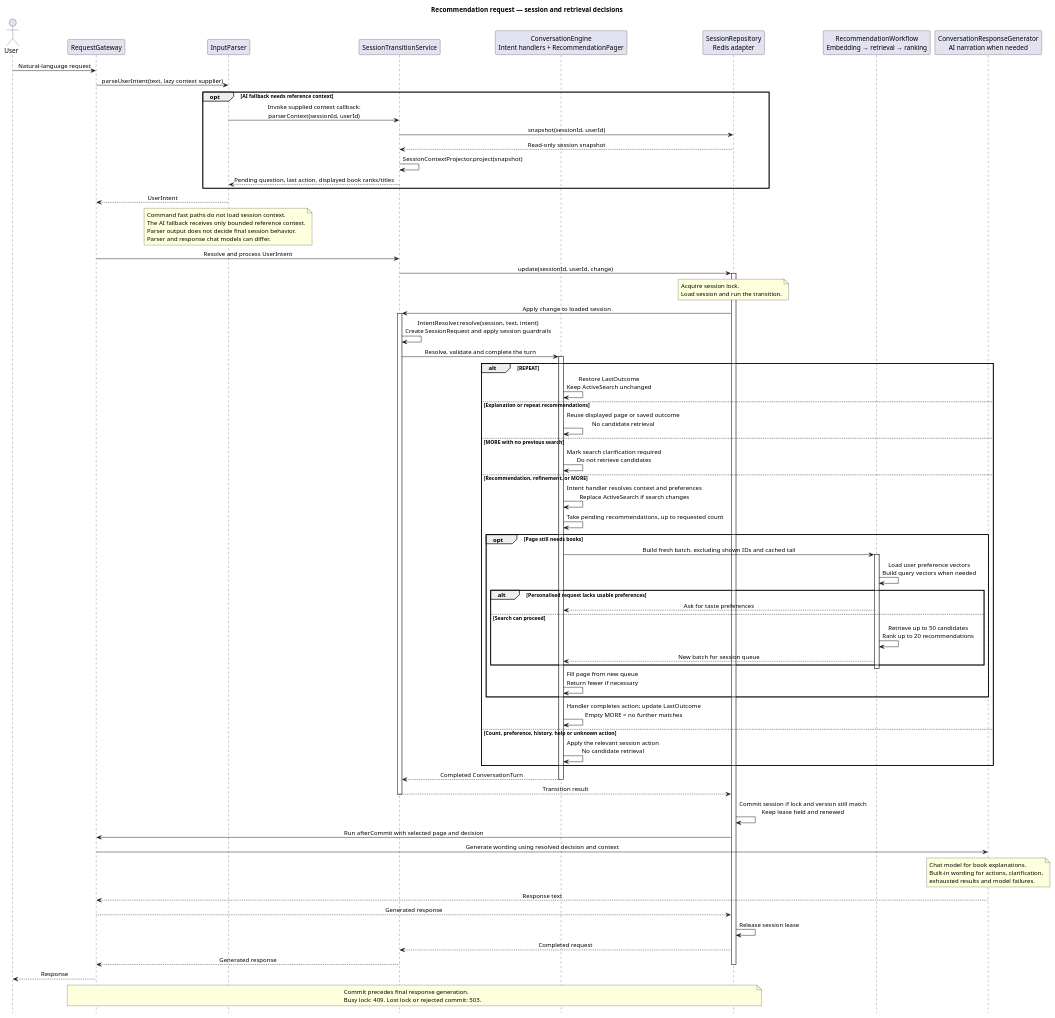
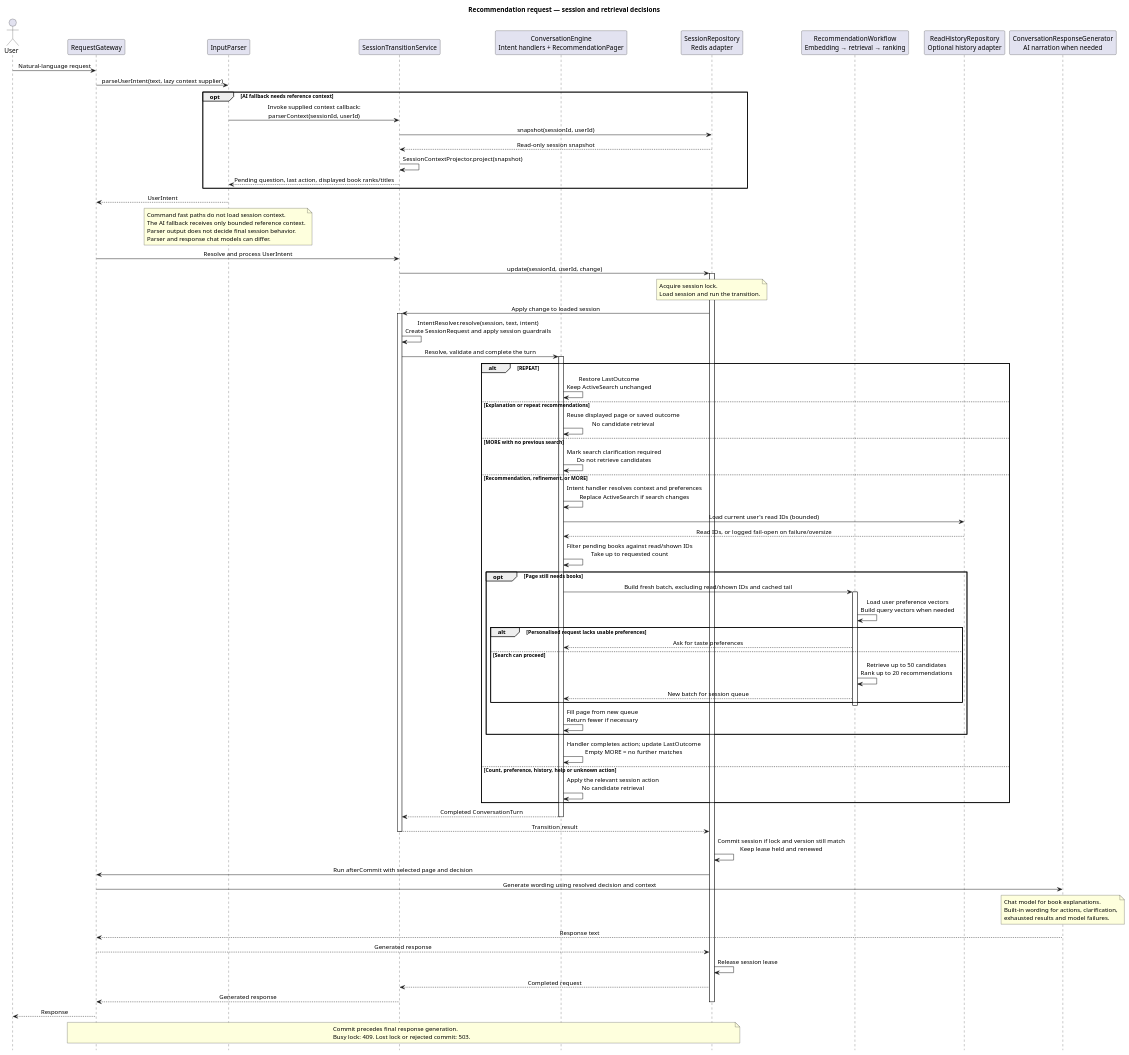
One commit to Juliu9/IT-Project changed the diagram in docs/diagrams/recommendation-flow.puml. Above: the diagram before and after it, drawn with PlantUML. The commit also changed 215 other files, not shown here.

First line of the commit message:
Add persistent read-history exclusions

```diff
--- a/docs/diagrams/recommendation-flow.puml
+++ b/docs/diagrams/recommendation-flow.puml
@@ -1,97 +1,100 @@
 @startuml
 title Recommendation request — session and retrieval decisions
 skinparam backgroundColor #FFFFFF
 skinparam shadowing false
 skinparam defaultFontName SansSerif
 skinparam sequenceMessageAlign center
 hide footbox
 
 actor User
 participant RequestGateway as Gateway
 participant InputParser as Parser
 participant SessionTransitionService as Transition
 participant "ConversationEngine\nIntent handlers + RecommendationPager" as Engine
 participant "SessionRepository\nRedis adapter" as Sessions
 participant "RecommendationWorkflow\nEmbedding → retrieval → ranking" as Workflow
+participant "ReadHistoryRepository\nOptional history adapter" as History
 participant "ConversationResponseGenerator\nAI narration when needed" as Response
 
 User -> Gateway : Natural-language request
 Gateway -> Parser : parseUserIntent(text, lazy context supplier)
 opt AI fallback needs reference context
   Parser -> Transition : Invoke supplied context callback:\nparserContext(sessionId, userId)
   Transition -> Sessions : snapshot(sessionId, userId)
   Sessions --> Transition : Read-only session snapshot
   Transition -> Transition : SessionContextProjector.project(snapshot)
   Transition --> Parser : Pending question, last action, displayed book ranks/titles
 end
 Parser --> Gateway : UserIntent
 note over Parser
   Command fast paths do not load session context.
   The AI fallback receives only bounded reference context.
   Parser output does not decide final session behavior.
   Parser and response chat models can differ.
 end note
 Gateway -> Transition : Resolve and process UserIntent
 Transition -> Sessions : update(sessionId, userId, change)
 activate Sessions
 note over Sessions
   Acquire session lock.
   Load session and run the transition.
 end note
 Sessions -> Transition : Apply change to loaded session
 activate Transition
 Transition -> Transition : IntentResolver.resolve(session, text, intent)\nCreate SessionRequest and apply session guardrails
 Transition -> Engine : Resolve, validate and complete the turn
 activate Engine
 
 alt REPEAT
   Engine -> Engine : Restore LastOutcome\nKeep ActiveSearch unchanged
 else Explanation or repeat recommendations
   Engine -> Engine : Reuse displayed page or saved outcome\nNo candidate retrieval
 else MORE with no previous search
   Engine -> Engine : Mark search clarification required\nDo not retrieve candidates
 else Recommendation, refinement, or MORE
   Engine -> Engine : Intent handler resolves context and preferences\nReplace ActiveSearch if search changes
-  Engine -> Engine : Take pending recommendations, up to requested count
+  Engine -> History : Load current user's read IDs (bounded)
+  History --> Engine : Read IDs, or logged fail-open on failure/oversize
+  Engine -> Engine : Filter pending books against read/shown IDs\nTake up to requested count
   opt Page still needs books
-    Engine -> Workflow : Build fresh batch, excluding shown IDs and cached tail
+    Engine -> Workflow : Build fresh batch, excluding read/shown IDs and cached tail
     activate Workflow
     Workflow -> Workflow : Load user preference vectors\nBuild query vectors when needed
     alt Personalised request lacks usable preferences
       Workflow --> Engine : Ask for taste preferences
     else Search can proceed
       Workflow -> Workflow : Retrieve up to 50 candidates\nRank up to 20 recommendations
       Workflow --> Engine : New batch for session queue
     end
     deactivate Workflow
     Engine -> Engine : Fill page from new queue\nReturn fewer if necessary
   end
   Engine -> Engine : Handler completes action; update LastOutcome\nEmpty MORE = no further matches
 else Count, preference, history, help or unknown action
   Engine -> Engine : Apply the relevant session action\nNo candidate retrieval
 end
 
 Engine --> Transition : Completed ConversationTurn
 deactivate Engine
 Transition --> Sessions : Transition result
 deactivate Transition
 Sessions -> Sessions : Commit session if lock and version still match\nKeep lease held and renewed
 Sessions -> Gateway : Run afterCommit with selected page and decision
 Gateway -> Response : Generate wording using resolved decision and context
 note over Response
   Chat model for book explanations.
   Built-in wording for actions, clarification,
   exhausted results and model failures.
 end note
 Response --> Gateway : Response text
 Gateway --> Sessions : Generated response
 Sessions -> Sessions : Release session lease
 Sessions --> Transition : Completed request
 Transition --> Gateway : Generated response
 deactivate Sessions
 Gateway --> User : Response
 note over Gateway, Sessions
   Commit precedes final response generation.
   Busy lock: 409. Lost lock or rejected commit: 503.
 end note
 @enduml
```
